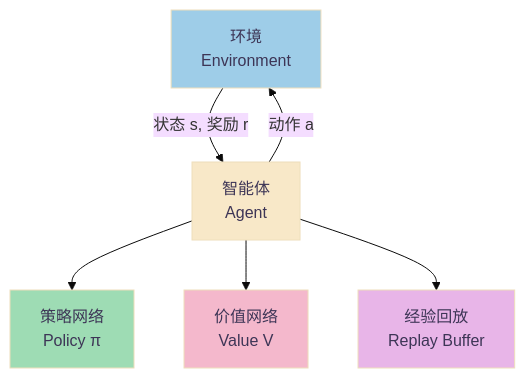
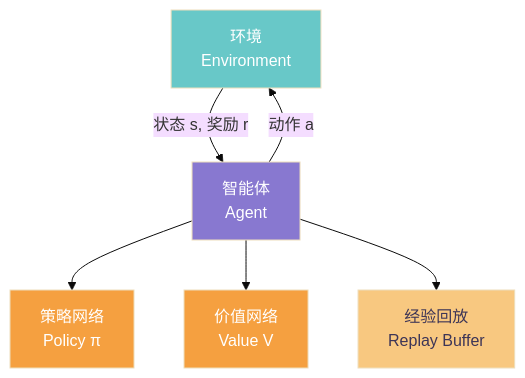
One commit to caoping0623/caoping0623.github.io changed the fourth of 12 diagrams in _posts/2026-04-15-ai-agent.md. Above: the diagram before and after it, drawn with Mermaid (base theme). The commit also changed other lines of this file and 1 other file, not shown here.

First line of the commit message:
Update flowchart color scheme to match reference: teal/orange nodes, lavender arrows, pink subgraph containers

```diff
--- a/_posts/2026-04-15-ai-agent.md
+++ b/_posts/2026-04-15-ai-agent.md
@@ -133,14 +135,14 @@
 <div class="mermaid">
 graph TB
     ENV[环境<br/>Environment] -->|状态 s, 奖励 r| AG[智能体<br/>Agent]
     AG -->|动作 a| ENV
     AG --> POL[策略网络<br/>Policy π]
     AG --> VAL[价值网络<br/>Value V]
     AG --> MEM[经验回放<br/>Replay Buffer]
 
-    style ENV fill:#9ecde8,color:#3d3556
-    style AG fill:#f8e8c8,color:#3d3556
-    style POL fill:#9edcb4,color:#3d3556
-    style VAL fill:#f4b8cc,color:#3d3556
-    style MEM fill:#e8b5e8,color:#3d3556
+    style ENV fill:#68c8c8,color:#ffffff
+    style AG fill:#8878d0,color:#ffffff
+    style POL fill:#f5a040,color:#ffffff
+    style VAL fill:#f5a040,color:#ffffff
+    style MEM fill:#f8c880,color:#3d3556
 </div>
```
